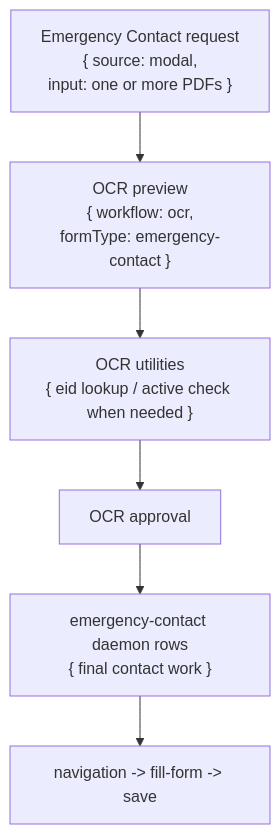
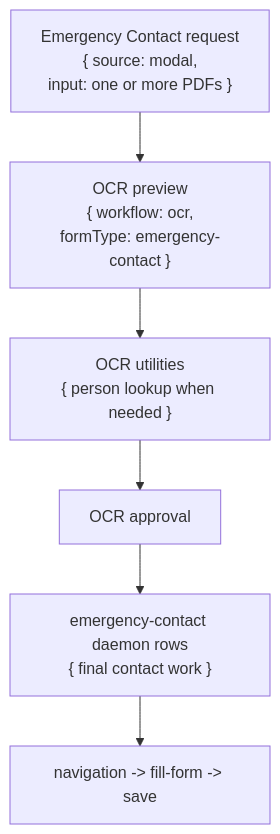
One commit to julianthant/hr-automation changed the diagram in docs/workflow/emergency-contact.md. Above: the diagram before and after it, drawn with Mermaid. The commit also changed other lines of this file and 28 other files, not shown here.

First line of the commit message:
refactor(person-lookup): hide retired workflow ids from dashboard surfaces

````diff
--- a/docs/workflow/emergency-contact.md
+++ b/docs/workflow/emergency-contact.md
@@ -9,9 +9,9 @@
 ```mermaid
 flowchart TD
   A["Emergency Contact request<br/>{ source: modal,<br/>input: one or more PDFs }"]
   A --> B["OCR preview<br/>{ workflow: ocr,<br/>formType: emergency-contact }"]
-  B --> C["OCR utilities<br/>{ eid lookup / active check when needed }"]
+  B --> C["OCR utilities<br/>{ person lookup when needed }"]
   C --> D["OCR approval"]
   D --> E["emergency-contact daemon rows<br/>{ final contact work }"]
   E --> F["navigation -> fill-form -> save"]
 ```
````
